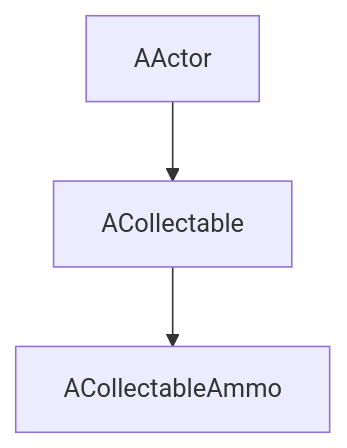
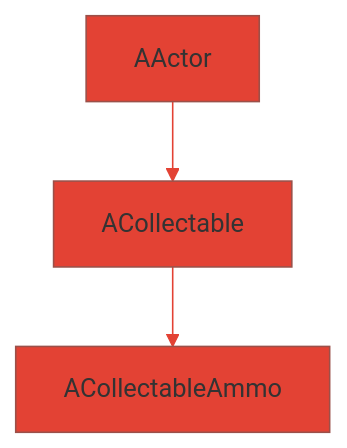
The second of 2 diagrams in README.md (Mallllo/SimpleShooterRepository), drawn with Mermaid before and after one commit.

````diff
--- a/README.md
+++ b/README.md
@@ -18,5 +18,14 @@
 ```mermaid
+%%{
+  init: {
+    'theme': 'base',
+    'themeVariables': {
+      'primaryColor': '#e34234',
+      'lineColor':'#e34234'
+    }
+  }
+}%%
 graph TD;
     AActor-->ACollectable;
     ACollectable-->ACollectableAmmo;
 ```
````
